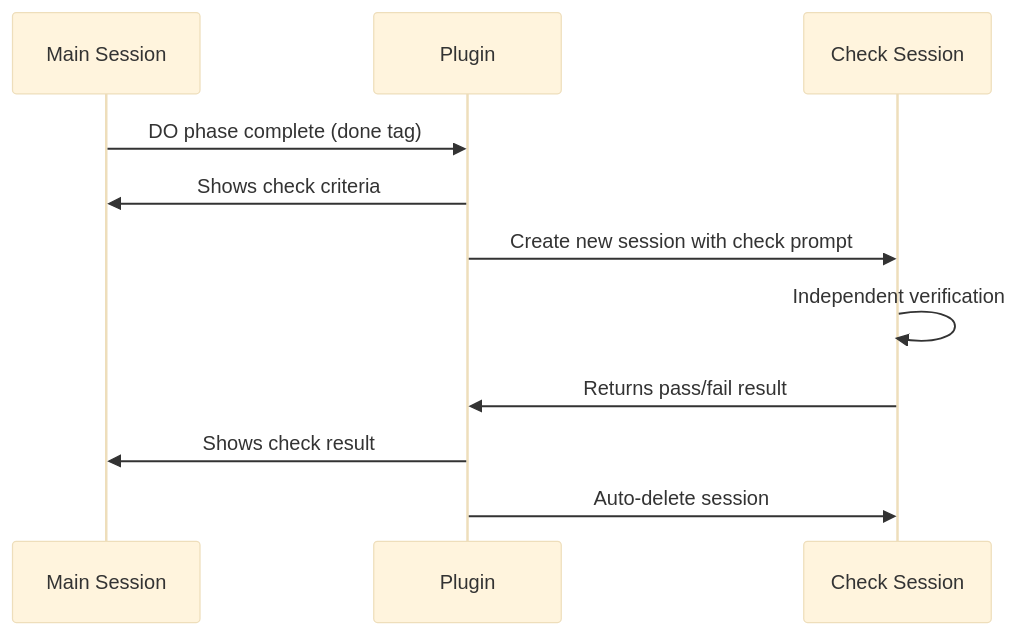
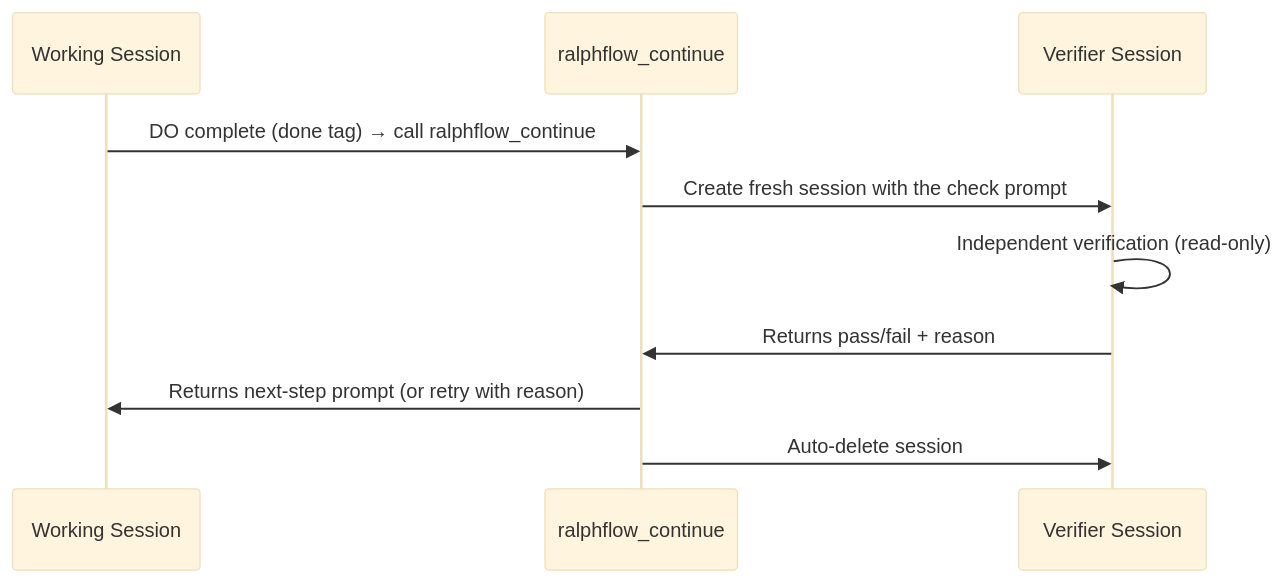
Before and after one commit to 534529531/ralph-flow: the second of 3 diagrams in docs/how-it-works.md, drawn with Mermaid (base theme). The commit also changed other lines of this file and 65 other files, not shown here.

First line of the commit message:
feat: v2 — full parity with the Claude Code plugin, mirrored architecture

````diff
--- a/docs/how-it-works.md
+++ b/docs/how-it-works.md
@@ -51,14 +56,13 @@
 ```mermaid
 sequenceDiagram
-    participant Main as Main Session
-    participant Plugin as Plugin
-    participant Check as Check Session
+    participant Main as Working Session
+    participant Tool as ralphflow_continue
+    participant Check as Verifier Session
 
-    Main->>Plugin: DO phase complete (done tag)
-    Plugin->>Main: Shows check criteria
-    Plugin->>Check: Create new session with check prompt
-    Check->>Check: Independent verification
-    Check->>Plugin: Returns pass/fail result
-    Plugin->>Main: Shows check result
-    Plugin->>Check: Auto-delete session
+    Main->>Tool: DO complete (done tag) → call ralphflow_continue
+    Tool->>Check: Create fresh session with the check prompt
+    Check->>Check: Independent verification (read-only)
+    Check->>Tool: Returns pass/fail + reason
+    Tool->>Main: Returns next-step prompt (or retry with reason)
+    Tool->>Check: Auto-delete session
 ```
````
